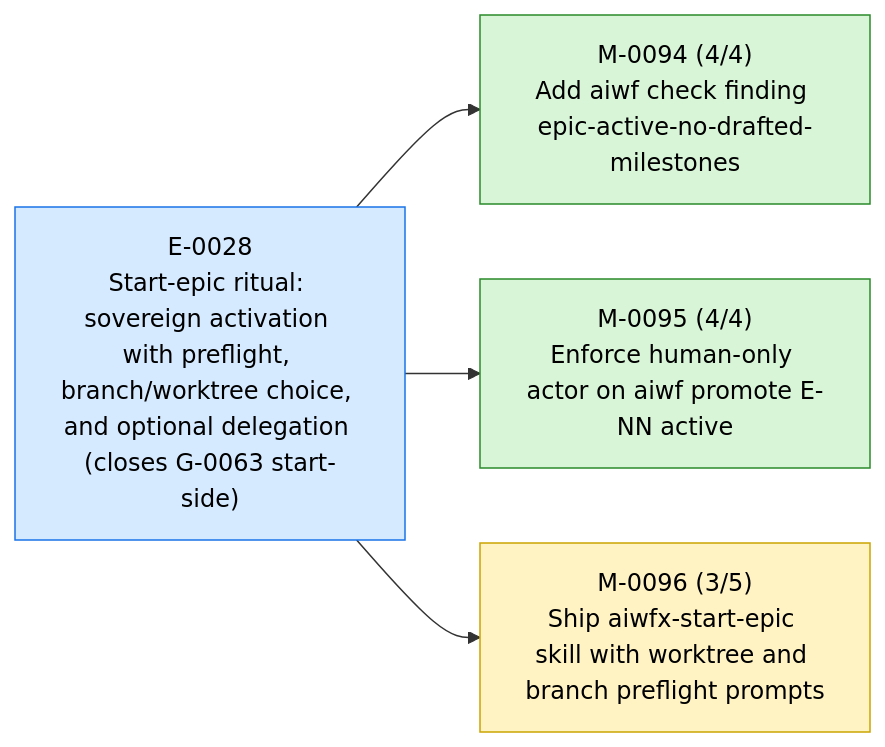
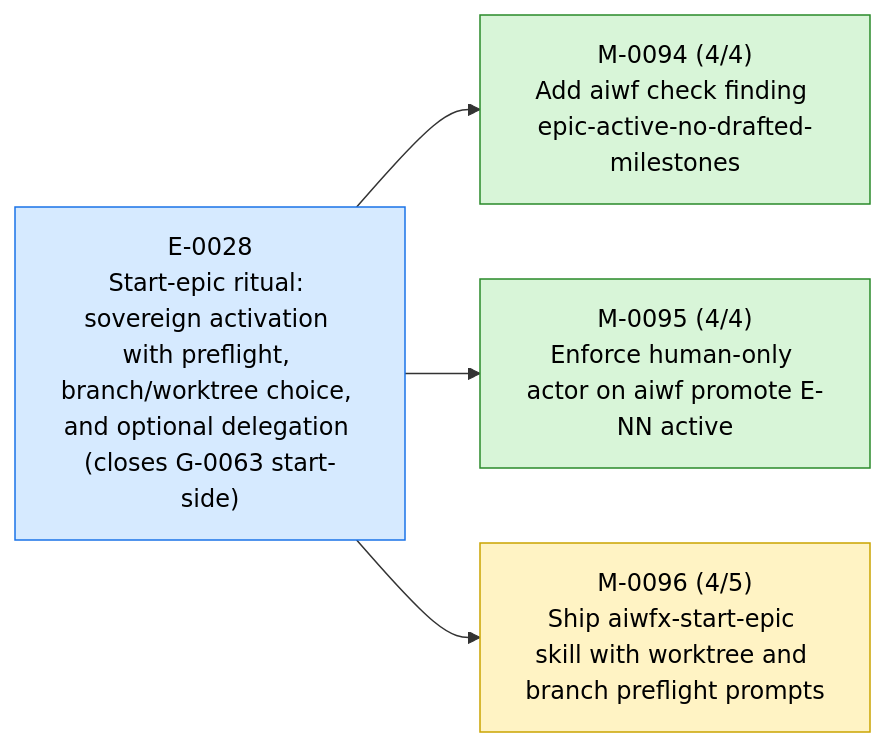
The first of 3 diagrams in STATUS.md (23min/aiwf), drawn with Mermaid before and after one commit. The commit also changed other lines of this file and 1 other file, not shown here.

````diff
--- a/STATUS.md
+++ b/STATUS.md
@@ -15,16 +15,16 @@
 ```mermaid
 flowchart LR
   E_0028["E-0028<br/>Start-epic ritual: sovereign activation with preflight, branch/worktree choice, and optional delegation (closes G-0063 start-side)"]:::epic_active
   M_0094["M-0094 (4/4)<br/>Add aiwf check finding epic-active-no-drafted-milestones"]:::ms_done
   E_0028 --> M_0094
   M_0095["M-0095 (4/4)<br/>Enforce human-only actor on aiwf promote E-NN active"]:::ms_done
   E_0028 --> M_0095
-  M_0096["M-0096 (3/5)<br/>Ship aiwfx-start-epic skill with worktree and branch preflight prompts"]:::ms_in_progress
+  M_0096["M-0096 (4/5)<br/>Ship aiwfx-start-epic skill with worktree and branch preflight prompts"]:::ms_in_progress
   E_0028 --> M_0096
   classDef epic_active fill:#d6eaff,stroke:#1a73e8,color:#000
   classDef epic_proposed fill:#f4f4f4,stroke:#888,color:#000
   classDef ms_done fill:#d8f5d8,stroke:#2a8a2a,color:#000
   classDef ms_in_progress fill:#fff3c4,stroke:#caa400,color:#000
   classDef ms_draft fill:#f4f4f4,stroke:#888,color:#000
   classDef ms_cancelled fill:#fbeaea,stroke:#c33,color:#000
 ```
````
